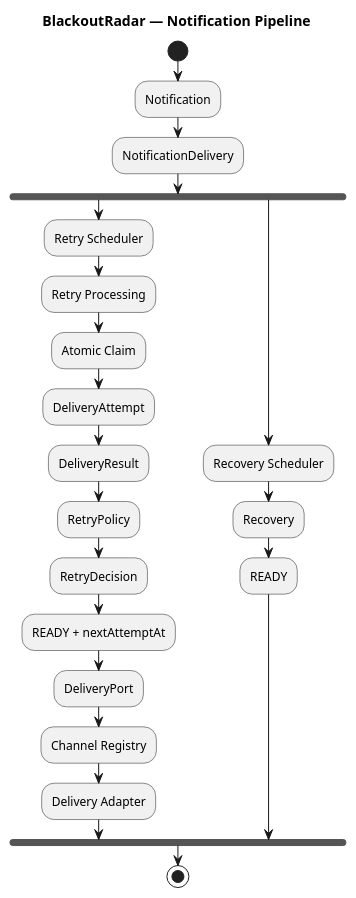
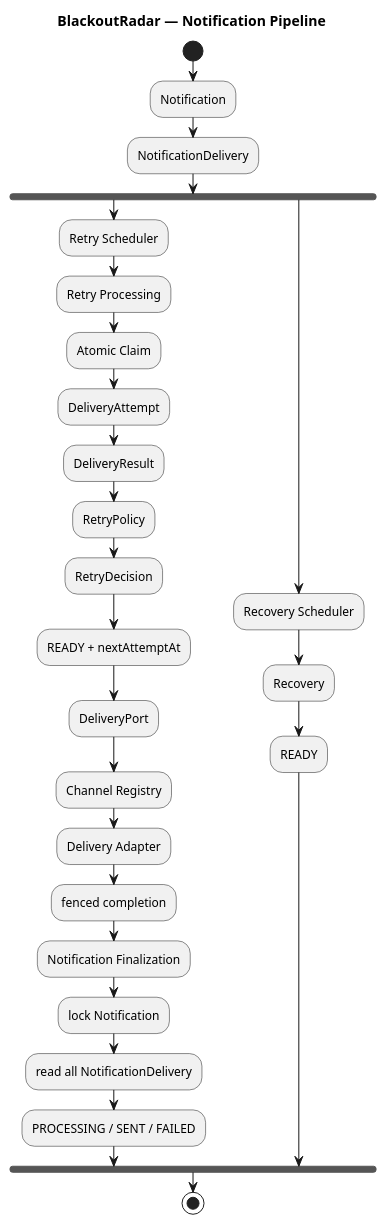
The diagram in docs/diagrams/detailed/09-notification-pipeline.puml (ZyibinAV/BlackoutRadar), drawn with PlantUML before and after one commit. The commit also changed 29 other files, not shown here.

Commit message:
fix: ensure atomic notification completion and creation, update tests and documentation

```diff
--- a/docs/diagrams/detailed/09-notification-pipeline.puml
+++ b/docs/diagrams/detailed/09-notification-pipeline.puml
@@ -1,31 +1,36 @@
 @startuml
 title BlackoutRadar — Notification Pipeline
 
 skinparam linetype ortho
 
 start
 
 :Notification;
 :NotificationDelivery;
 
 fork
     :Retry Scheduler;
     :Retry Processing;
     :Atomic Claim;
     :DeliveryAttempt;
     :DeliveryResult;
     :RetryPolicy;
     :RetryDecision;
     :READY + nextAttemptAt;
     :DeliveryPort;
     :Channel Registry;
     :Delivery Adapter;
+    :fenced completion;
+    :Notification Finalization;
+    :lock Notification;
+    :read all NotificationDelivery;
+    :PROCESSING / SENT / FAILED;
 fork again
     :Recovery Scheduler;
     :Recovery;
     :READY;
 end fork
 
 stop
 
 @enduml
```
